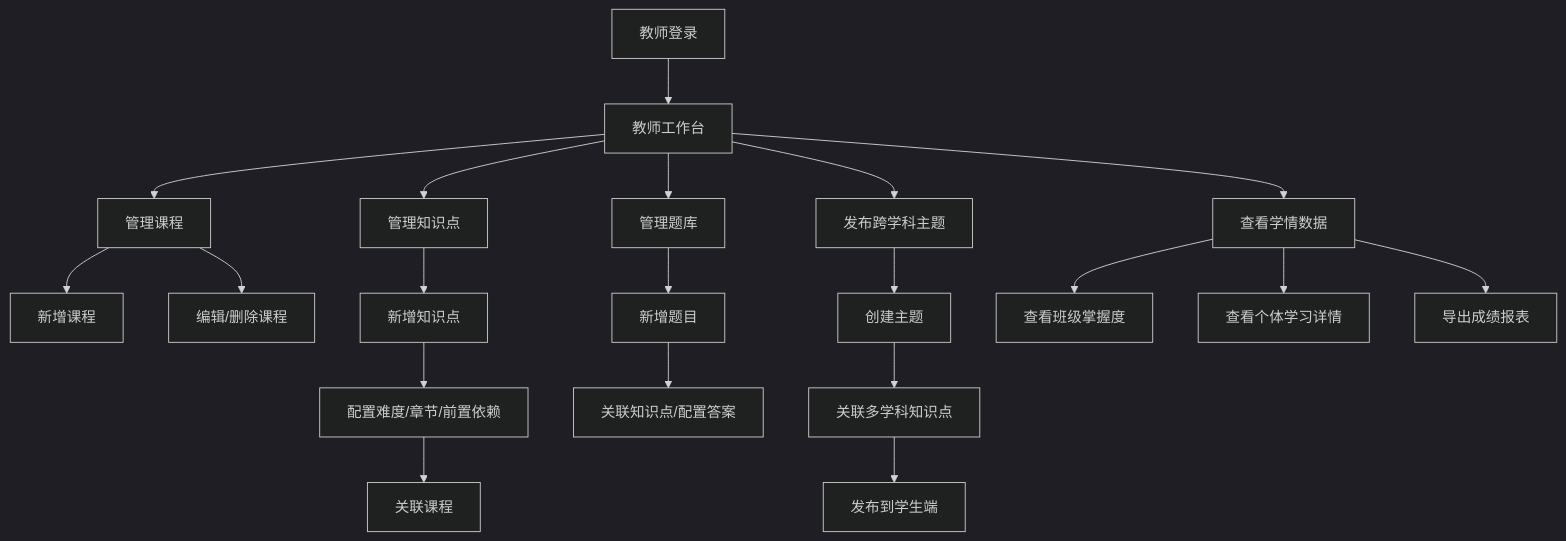
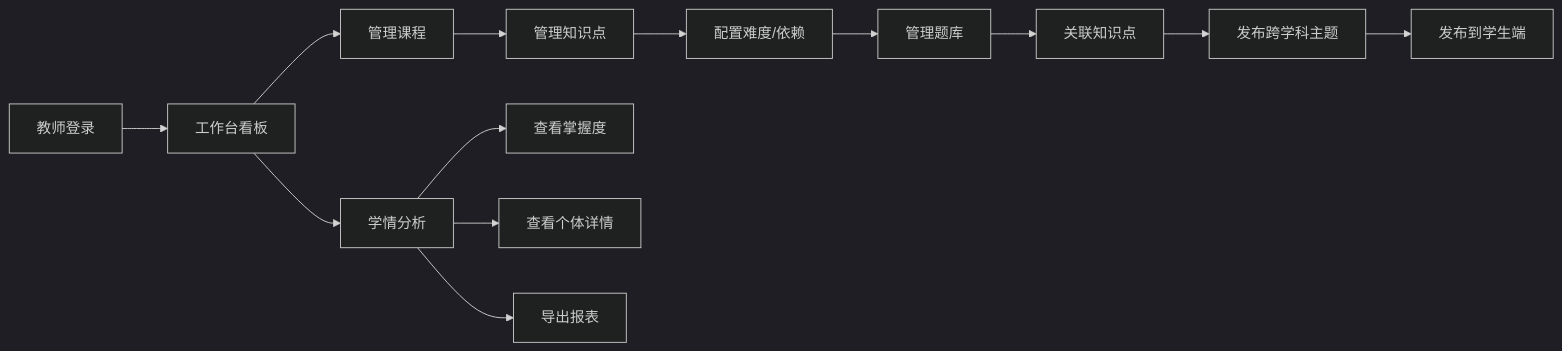
The seventh of 8 diagrams in docs/diagrams.md (blossom-rt/kg-intelligent-tutoring-system), drawn with Mermaid (dark theme) before and after one commit. The commit also changed other lines of this file, not shown here.

Commit message:
docs: 图表改为横向布局适配报告排版

````diff
--- a/docs/diagrams.md
+++ b/docs/diagrams.md
@@ -246,27 +176,15 @@
 ```mermaid
-flowchart TD
-    A[教师登录] --> B[教师工作台]
-    B --> C[查看学情数据]
-    B --> D[管理课程]
-    B --> E[管理知识点]
-    B --> F[管理题库]
-    B --> G[发布跨学科主题]
-
-    D --> D1[新增课程]
-    D --> D2[编辑/删除课程]
-
-    E --> E1[新增知识点]
-    E1 --> E2[配置难度/章节/前置依赖]
-    E2 --> E3[关联课程]
-
-    F --> F1[新增题目]
-    F1 --> F2[关联知识点/配置答案]
-
-    G --> G1[创建主题]
-    G1 --> G2[关联多学科知识点]
-    G2 --> G3[发布到学生端]
-
-    C --> C1[查看班级掌握度]
-    C --> C2[查看个体学习详情]
-    C --> C3[导出成绩报表]
+flowchart LR
+    A[教师登录] --> B[工作台看板]
+    B --> C[管理课程]
+    C --> D[管理知识点]
+    D --> E[配置难度/依赖]
+    E --> F[管理题库]
+    F --> G[关联知识点]
+    G --> H[发布跨学科主题]
+    H --> I[发布到学生端]
+    B --> J[学情分析]
+    J --> K[查看掌握度]
+    J --> L[查看个体详情]
+    J --> M[导出报表]
 ```
````
